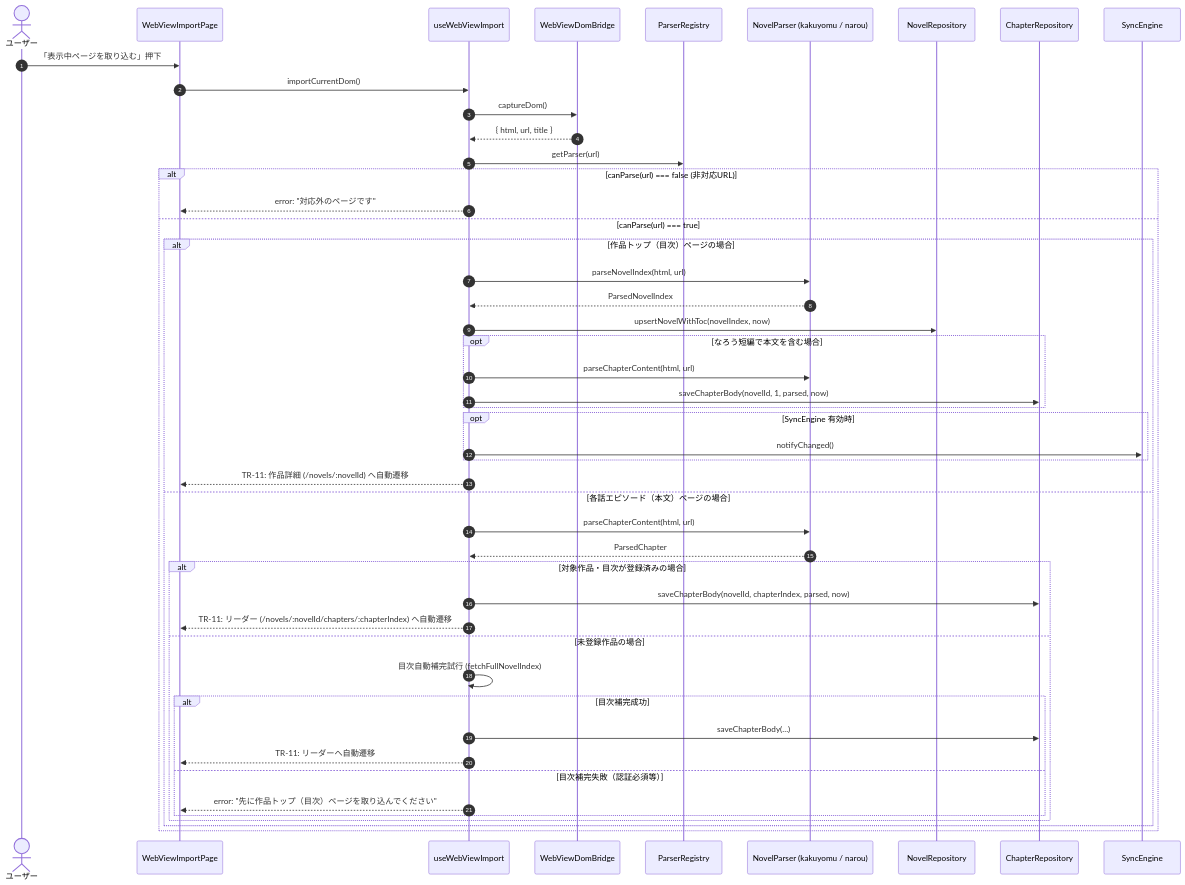
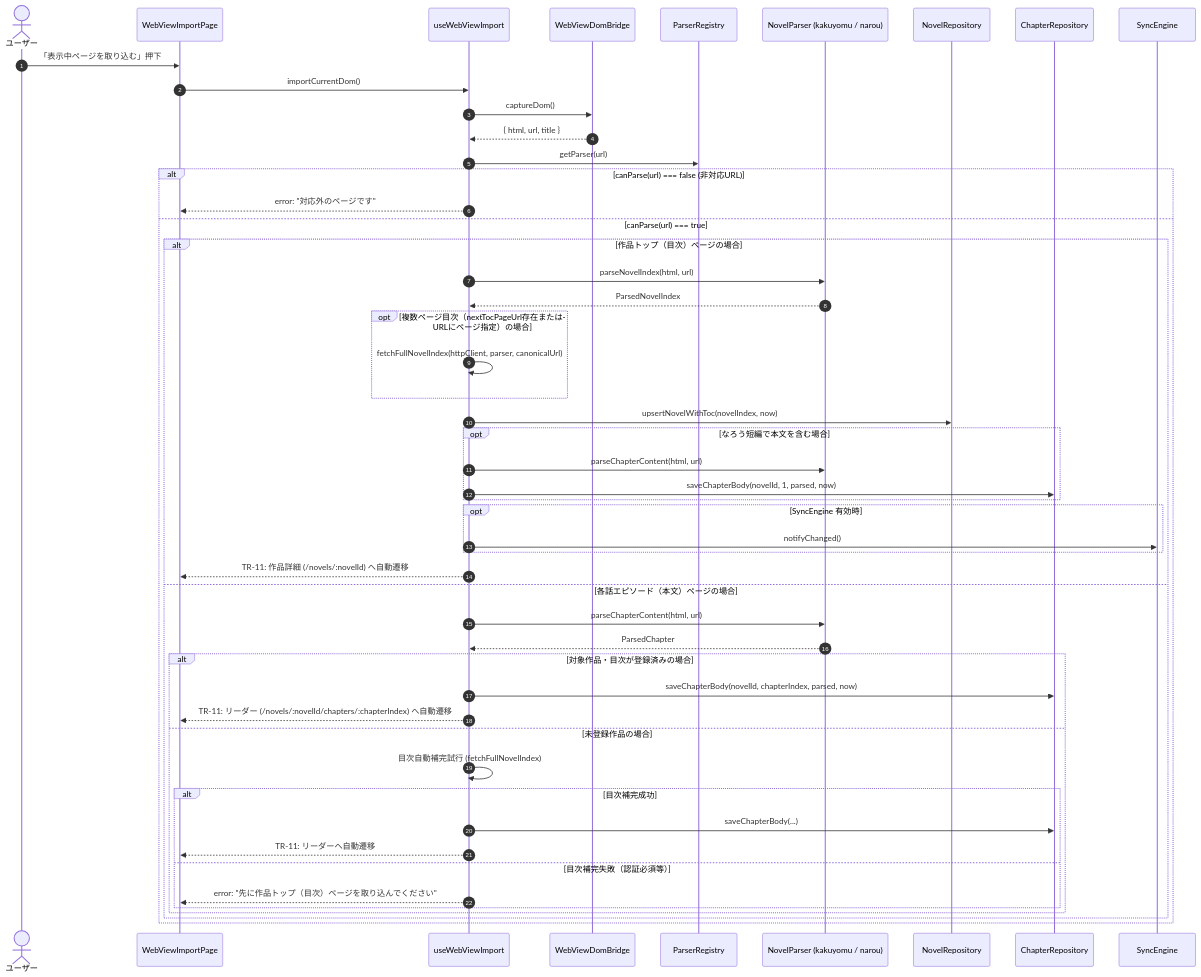
Before and after one commit to high-soar/Yommy: the second of 2 diagrams in docs/specs/features/webview-import.md, drawn with Mermaid. The commit also changed other lines of this file and 28 other files, not shown here.

````diff
--- a/docs/specs/features/webview-import.md
+++ b/docs/specs/features/webview-import.md
@@ -194,52 +194,55 @@
 ```mermaid
 sequenceDiagram
     autonumber
     actor User as ユーザー
     participant UI as WebViewImportPage
     participant Hook as useWebViewImport
     participant Bridge as WebViewDomBridge
     participant Registry as ParserRegistry
     participant Parser as NovelParser (kakuyomu / narou)
     participant NovelRepo as NovelRepository
     participant ChapterRepo as ChapterRepository
     participant Sync as SyncEngine
 
     User->>UI: 「表示中ページを取り込む」押下
     UI->>Hook: importCurrentDom()
     Hook->>Bridge: captureDom()
     Bridge-->>Hook: { html, url, title }
 
     Hook->>Registry: getParser(url)
     alt canParse(url) === false (非対応URL)
         Hook-->>UI: error: "対応外のページです"
     else canParse(url) === true
         alt 作品トップ（目次）ページの場合
             Hook->>Parser: parseNovelIndex(html, url)
             Parser-->>Hook: ParsedNovelIndex
+            opt 複数ページ目次（nextTocPageUrl存在またはURLにページ指定）の場合
+                Hook->>Hook: fetchFullNovelIndex(httpClient, parser, canonicalUrl)
+            end
             Hook->>NovelRepo: upsertNovelWithToc(novelIndex, now)
             opt なろう短編で本文を含む場合
                 Hook->>Parser: parseChapterContent(html, url)
                 Hook->>ChapterRepo: saveChapterBody(novelId, 1, parsed, now)
             end
             opt SyncEngine 有効時
                 Hook->>Sync: notifyChanged()
             end
             Hook-->>UI: TR-11: 作品詳細 (/novels/:novelId) へ自動遷移
         else 各話エピソード（本文）ページの場合
             Hook->>Parser: parseChapterContent(html, url)
             Parser-->>Hook: ParsedChapter
             alt 対象作品・目次が登録済みの場合
                 Hook->>ChapterRepo: saveChapterBody(novelId, chapterIndex, parsed, now)
                 Hook-->>UI: TR-11: リーダー (/novels/:novelId/chapters/:chapterIndex) へ自動遷移
             else 未登録作品の場合
                 Hook->>Hook: 目次自動補完試行 (fetchFullNovelIndex)
                 alt 目次補完成功
                     Hook->>ChapterRepo: saveChapterBody(...)
                     Hook-->>UI: TR-11: リーダーへ自動遷移
                 else 目次補完失敗（認証必須等）
                     Hook-->>UI: error: "先に作品トップ（目次）ページを取り込んでください"
                 end
             end
         end
     end
 ```
````
